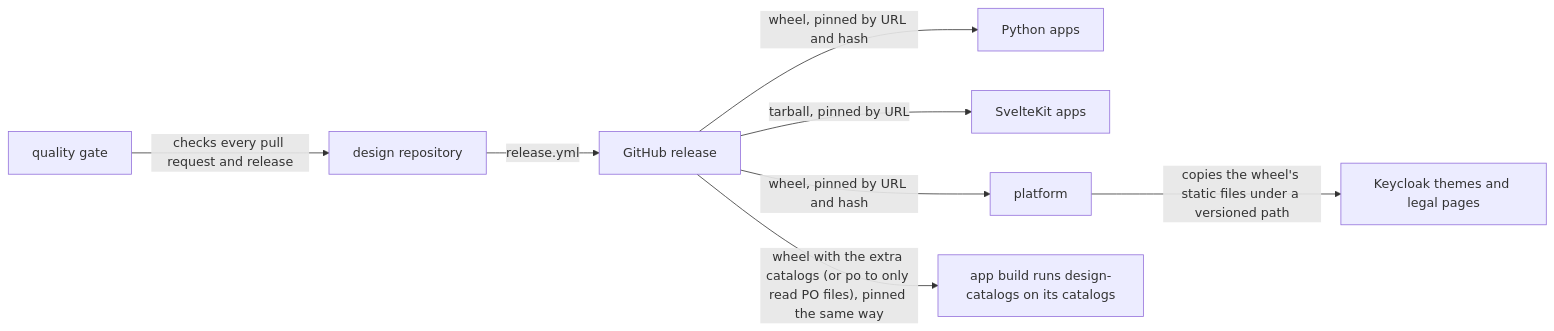
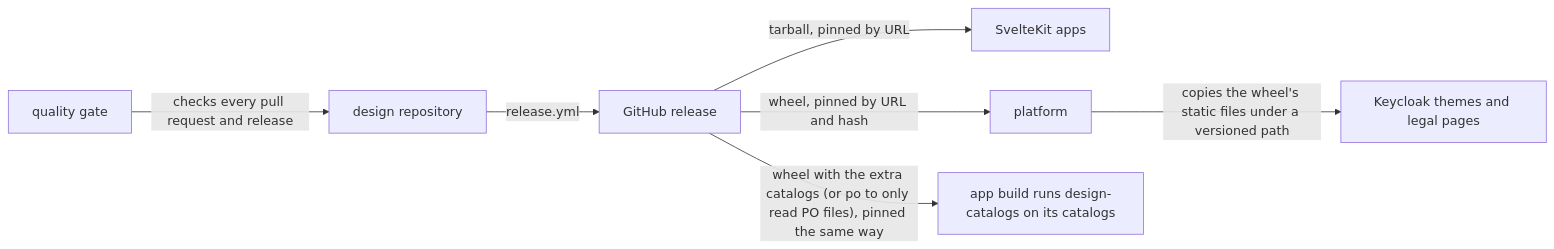
The first of 3 diagrams in docs/ARCHITECTURE.md (overnightworks/design), drawn with Mermaid before and after one commit. The commit also changed other lines of this file, not shown here.

Commit message:
Name apps that take the wheel for static files, drop the Python apps node

````diff
--- a/docs/ARCHITECTURE.md
+++ b/docs/ARCHITECTURE.md
@@ -16,17 +16,15 @@
 ```mermaid
 flowchart LR
   design[design repository]
   gate[quality gate]
   release[GitHub release]
-  py[Python apps]
   kit[SvelteKit apps]
   platform[platform]
   kc[Keycloak themes and legal pages]
   gate -- checks every pull request and release --> design
   design -- release.yml --> release
-  release -- wheel, pinned by URL and hash --> py
   release -- tarball, pinned by URL --> kit
   release -- wheel with the extra catalogs (or po to only read PO files), pinned the same way --> build[app build runs design-catalogs on its catalogs]
   release -- wheel, pinned by URL and hash --> platform
   platform -- copies the wheel's static files under a versioned path --> kc
 ```
````
